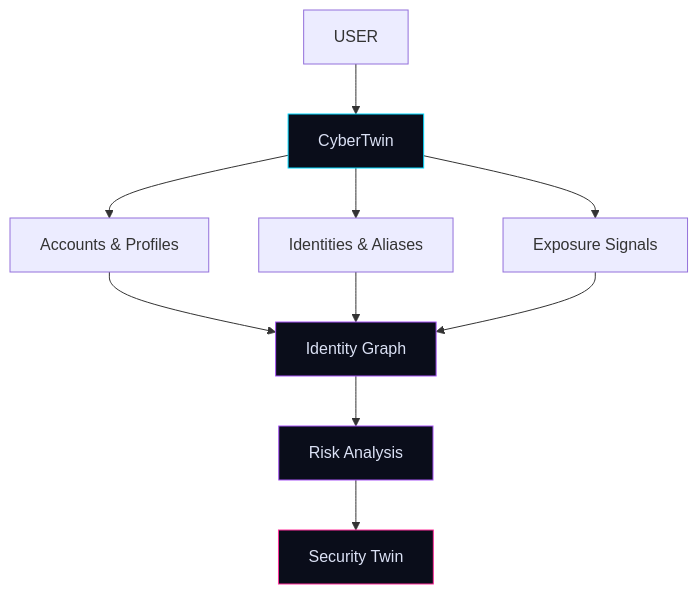
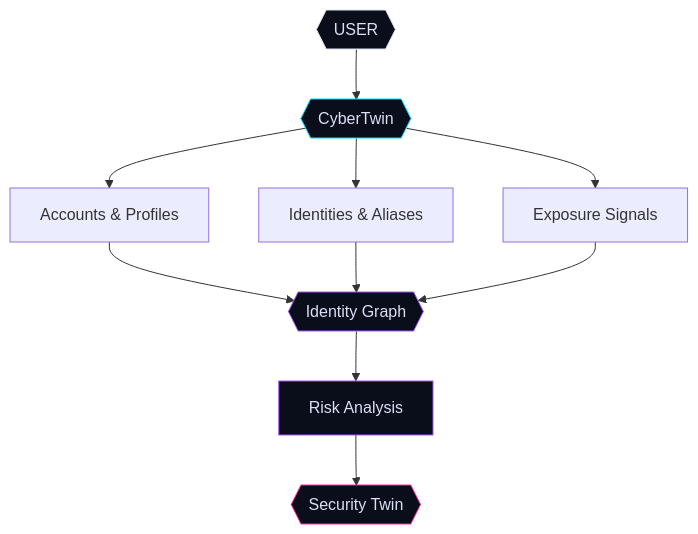
One commit to srivastavaprisha29-ops/CyberTwin changed the first of 4 diagrams in README.md. Above: the diagram before and after it, drawn with Mermaid. The commit also changed other lines of this file, not shown here.

````diff
--- a/README.md
+++ b/README.md
@@ -62,17 +63,18 @@
 ```mermaid
 flowchart TD
-    U[USER] --> CT[CyberTwin]
+    U{{USER}} --> CT{{CyberTwin}}
     CT --> A[Accounts & Profiles]
     CT --> B[Identities & Aliases]
     CT --> C[Exposure Signals]
-    A --> IG[Identity Graph]
+    A --> IG{{Identity Graph}}
     B --> IG
     C --> IG
     IG --> RA[Risk Analysis]
-    RA --> ST[Security Twin]
+    RA --> ST{{Security Twin}}
 
+    style U fill:#0a0d1a,stroke:#dbe1f5,color:#dbe1f5
     style CT fill:#0a0d1a,stroke:#00d9ff,color:#dbe1f5
     style IG fill:#0a0d1a,stroke:#a855f7,color:#dbe1f5
     style RA fill:#0a0d1a,stroke:#a855f7,color:#dbe1f5
     style ST fill:#0a0d1a,stroke:#ff2e9a,color:#dbe1f5
 ```
````
